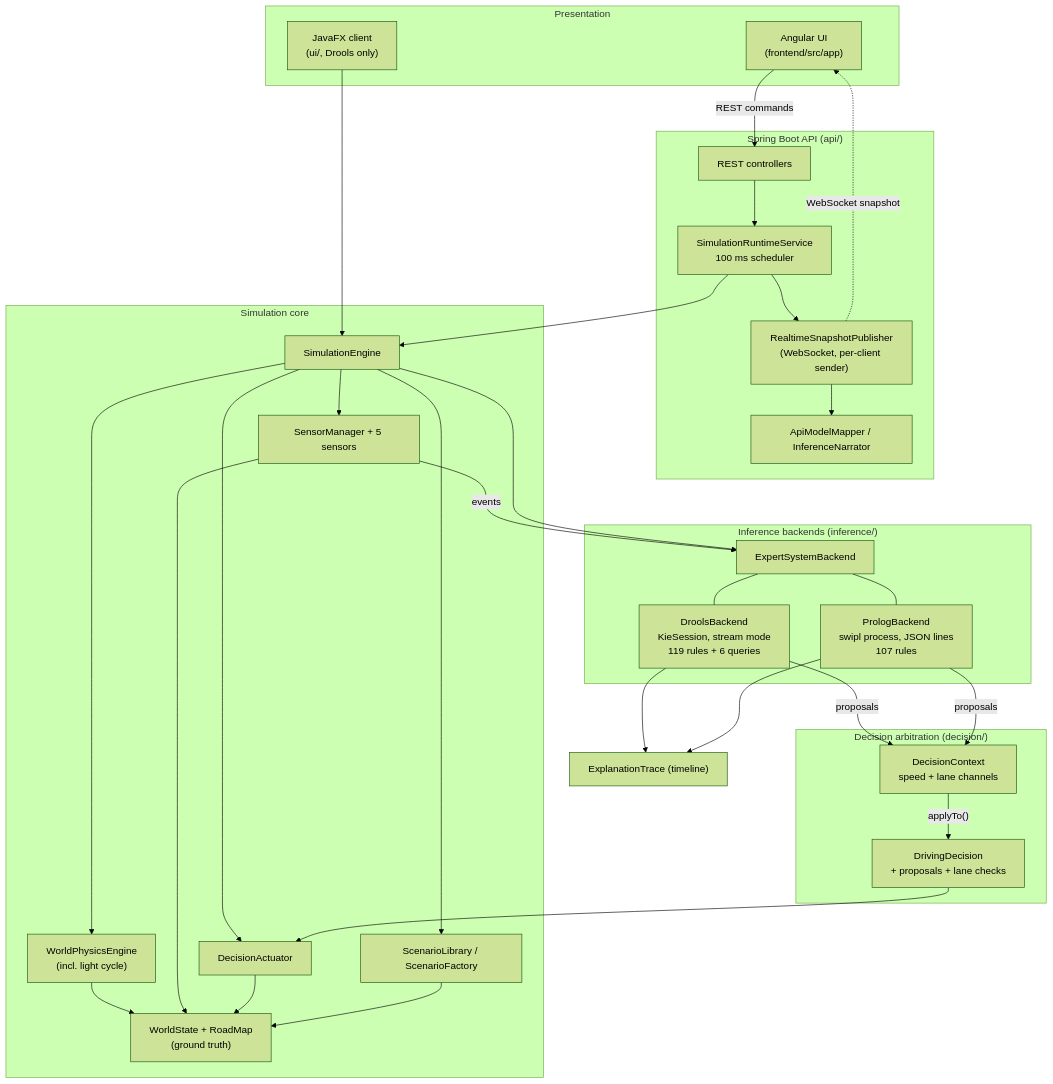
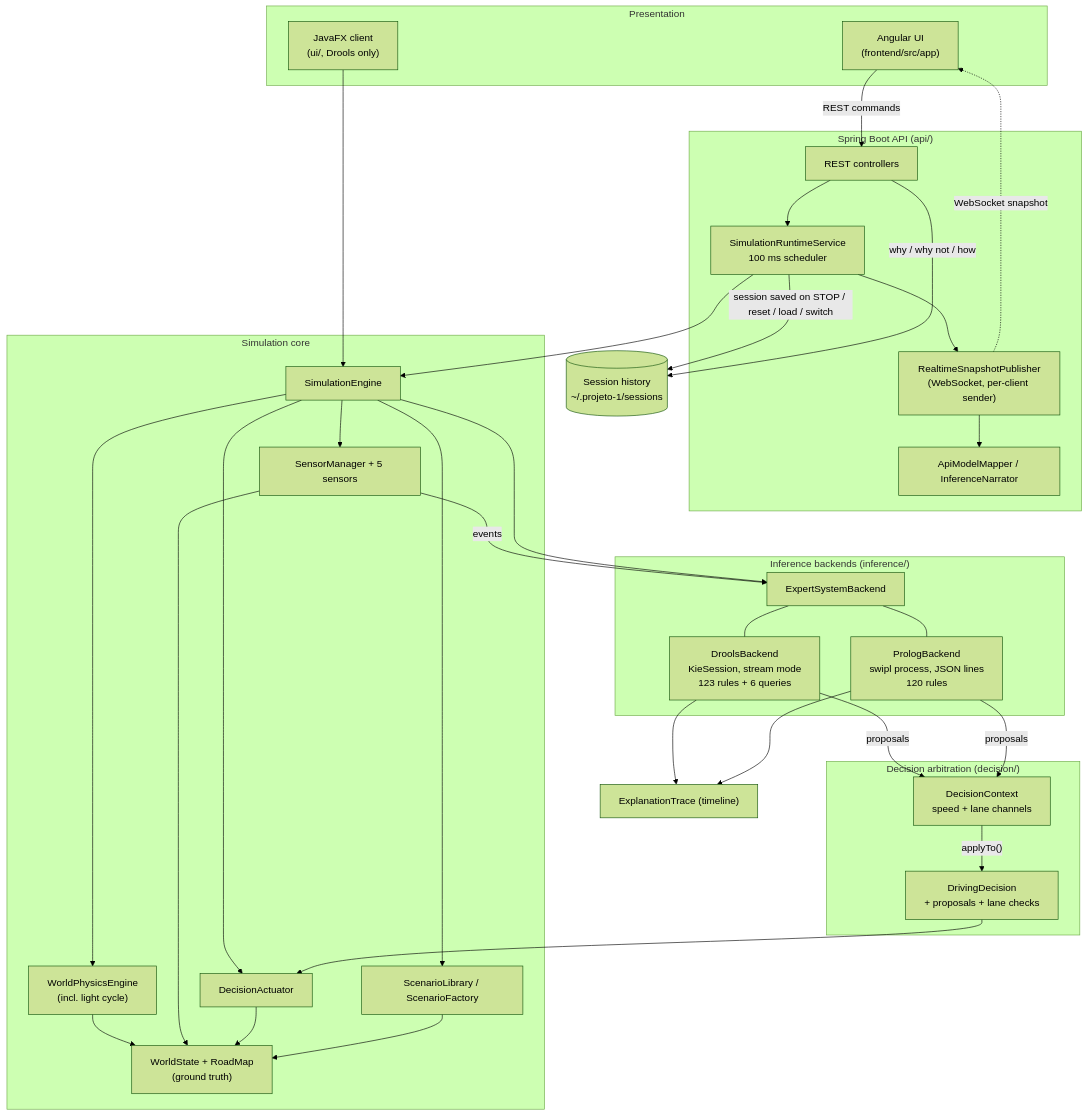
Before and after one commit to 1-2Drive/projeto-1: the first of 3 diagrams in docs/ARCHITECTURE.md, drawn with Mermaid (forest theme). The commit also changed other lines of this file and 38 other files, not shown here.

````diff
--- a/docs/ARCHITECTURE.md
+++ b/docs/ARCHITECTURE.md
@@ -71,54 +72,57 @@
 ```mermaid
 flowchart TB
     subgraph Presentation
         NG["Angular UI<br/>(frontend/src/app)"]
         FX["JavaFX client<br/>(ui/, Drools only)"]
     end
     subgraph API["Spring Boot API (api/)"]
         CTRL["REST controllers"]
         RTS["SimulationRuntimeService<br/>100 ms scheduler"]
         PUB["RealtimeSnapshotPublisher<br/>(WebSocket, per-client sender)"]
         MAP["ApiModelMapper / InferenceNarrator"]
     end
     subgraph Core["Simulation core"]
         ENG["SimulationEngine"]
         WS["WorldState + RoadMap<br/>(ground truth)"]
         PHY["WorldPhysicsEngine<br/>(incl. light cycle)"]
         SEN["SensorManager + 5 sensors"]
         ACT["DecisionActuator"]
         SCN["ScenarioLibrary / ScenarioFactory"]
     end
     subgraph Inference["Inference backends (inference/)"]
         IF["ExpertSystemBackend"]
-        DB["DroolsBackend<br/>KieSession, stream mode<br/>119 rules + 6 queries"]
-        PB["PrologBackend<br/>swipl process, JSON lines<br/>107 rules"]
+        DB["DroolsBackend<br/>KieSession, stream mode<br/>123 rules + 6 queries"]
+        PB["PrologBackend<br/>swipl process, JSON lines<br/>120 rules"]
     end
     subgraph Decision["Decision arbitration (decision/)"]
         DCX["DecisionContext<br/>speed + lane channels"]
         DD["DrivingDecision<br/>+ proposals + lane checks"]
     end
     EXP["ExplanationTrace (timeline)"]
+    HIST[("Session history<br/>~/.projeto-1/sessions")]
 
     NG -->|REST commands| CTRL
     PUB -.->|WebSocket snapshot| NG
     CTRL --> RTS
     RTS --> ENG
     RTS --> PUB
     PUB --> MAP
     FX --> ENG
     ENG --> PHY --> WS
     ENG --> SEN --> WS
     SEN -->|events| IF
     ENG --> IF
     IF --- DB
     IF --- PB
     DB -->|proposals| DCX
     PB -->|proposals| DCX
     DCX -->|"applyTo()"| DD
     ENG --> ACT
     DD --> ACT
     ACT --> WS
     ENG --> SCN --> WS
     DB --> EXP
     PB --> EXP
+    RTS -->|"session saved on STOP / reset / load / switch"| HIST
+    CTRL -->|"why / why not / how"| HIST
 ```
````
